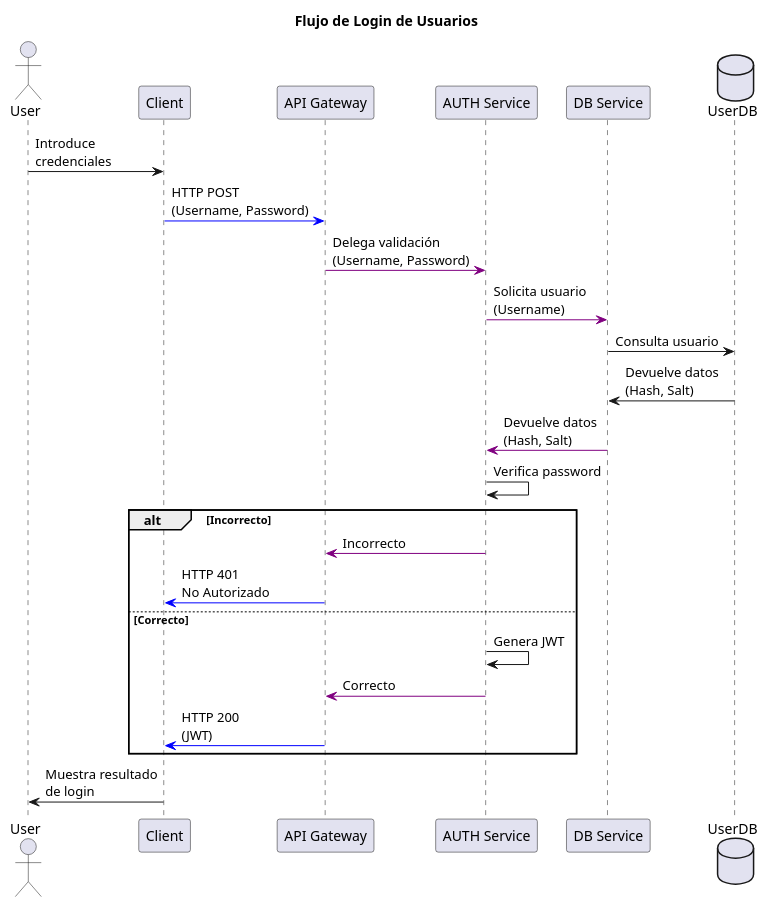
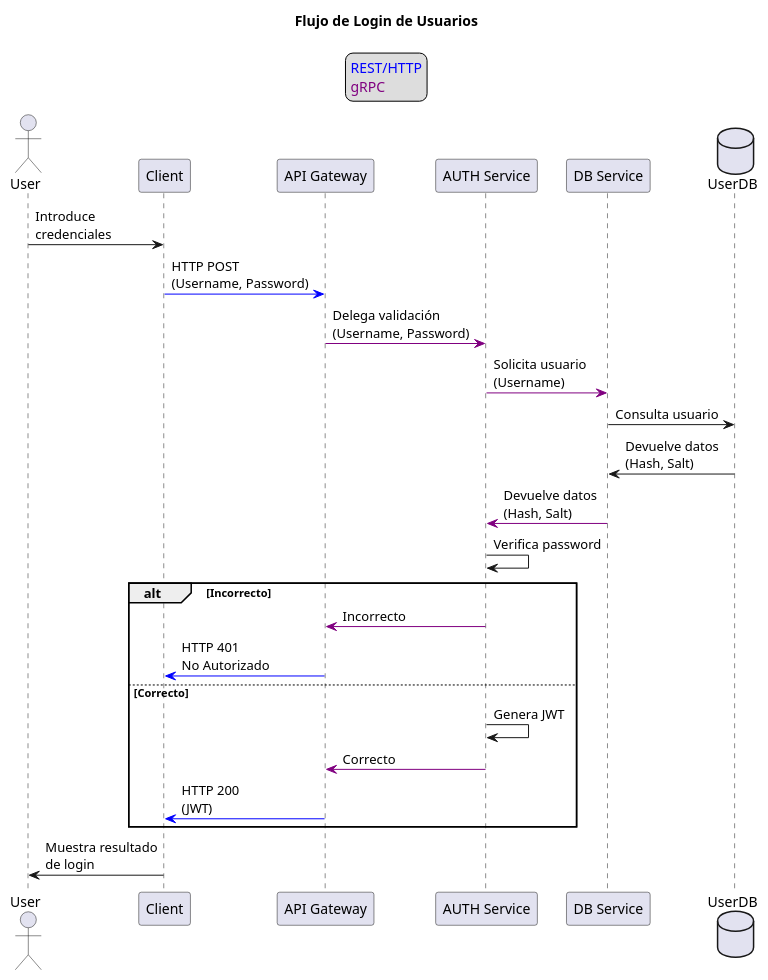
One commit to P4blo003/ikaros changed the diagram in assets/diagrams/user_login_flow.puml. Above: the diagram before and after it, drawn with PlantUML. The commit also changed 1 other file, not shown here.

Commit message:
docs(login): Modificar diagrama de flujo para login de usuario.

```diff
--- a/assets/diagrams/user_login_flow.puml
+++ b/assets/diagrams/user_login_flow.puml
@@ -1,33 +1,38 @@
 @startuml
 
 title "Flujo de Login de Usuarios"
 
 actor User as user
 participant "Client" as client
 participant "API Gateway" as gateway
 participant "AUTH Service" as auth
 participant "DB Service" as db
 database "UserDB" as userDB
 
 user->client: Introduce\ncredenciales
 client-[#blue]>gateway: HTTP POST\n(Username, Password)
 gateway-[#purple]>auth: Delega validación\n(Username, Password)
 auth-[#purple]>db: Solicita usuario\n(Username)
 db->userDB: Consulta usuario
 userDB->db: Devuelve datos\n(Hash, Salt)
 db-[#purple]>auth: Devuelve datos\n(Hash, Salt)
 
 auth->auth: Verifica password
 
 alt Incorrecto
   auth-[#purple]>gateway: Incorrecto
   gateway-[#blue]>client: HTTP 401\nNo Autorizado
 else Correcto
   auth->auth: Genera JWT
   auth-[#purple]>gateway: Correcto
   gateway-[#blue]>client: HTTP 200\n(JWT)
 end
 
 client->user: Muestra resultado\nde login
 
+legend top
+  <color:blue>REST/HTTP</color>
+  <color:purple>gRPC</color>
+end legend
+
 @enduml
```
